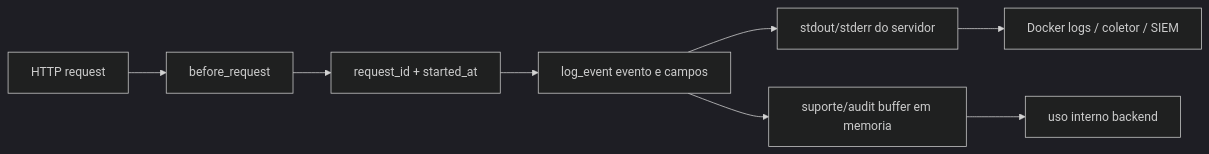
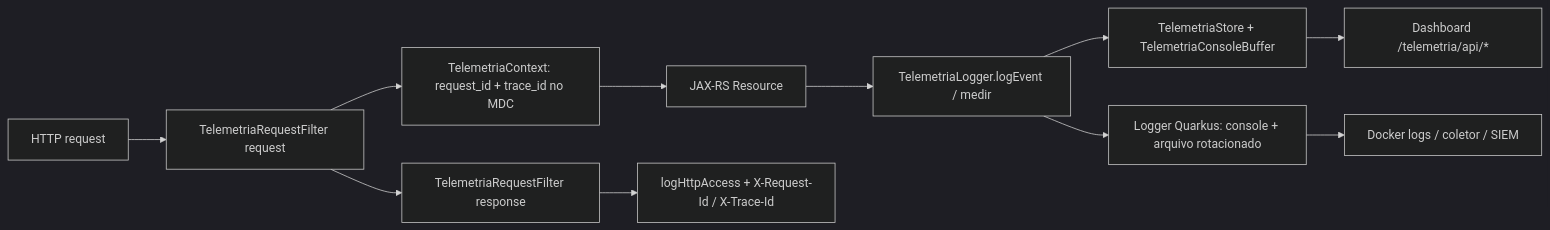
Before and after one commit to carmipa/framework-net-java-quarkus: the third of 6 diagrams in src/main/resources/README.md, drawn with Mermaid (dark theme). The commit also changed other lines of this file and 28 other files, not shown here.

````diff
--- a/src/main/resources/README.md
+++ b/src/main/resources/README.md
@@ -148,10 +213,13 @@
 ```mermaid
 flowchart LR
-    Req[HTTP request] --> B[before_request]
-    B --> Ctx[request_id + started_at]
-    Ctx --> Ev[log_event evento e campos]
-    Ev --> Std[stdout/stderr do servidor]
-    Ev --> Mem[suporte/audit buffer em memoria]
-    Std --> Obs[Docker logs / coletor / SIEM]
-    Mem --> Int[uso interno backend]
+    Req[HTTP request] --> Flt[TelemetriaRequestFilter request]
+    Flt --> Ctx[TelemetriaContext: request_id + trace_id no MDC]
+    Ctx --> Res[JAX-RS Resource]
+    Res --> Ev[TelemetriaLogger.logEvent / medir]
+    Ev --> Store[TelemetriaStore + TelemetriaConsoleBuffer]
+    Ev --> Log[Logger Quarkus: console + arquivo rotacionado]
+    Flt --> Resp[TelemetriaRequestFilter response]
+    Resp --> Acc[logHttpAccess + X-Request-Id / X-Trace-Id]
+    Store --> Dash[Dashboard /telemetria/api/*]
+    Log --> Obs[Docker logs / coletor / SIEM]
 ```
````
